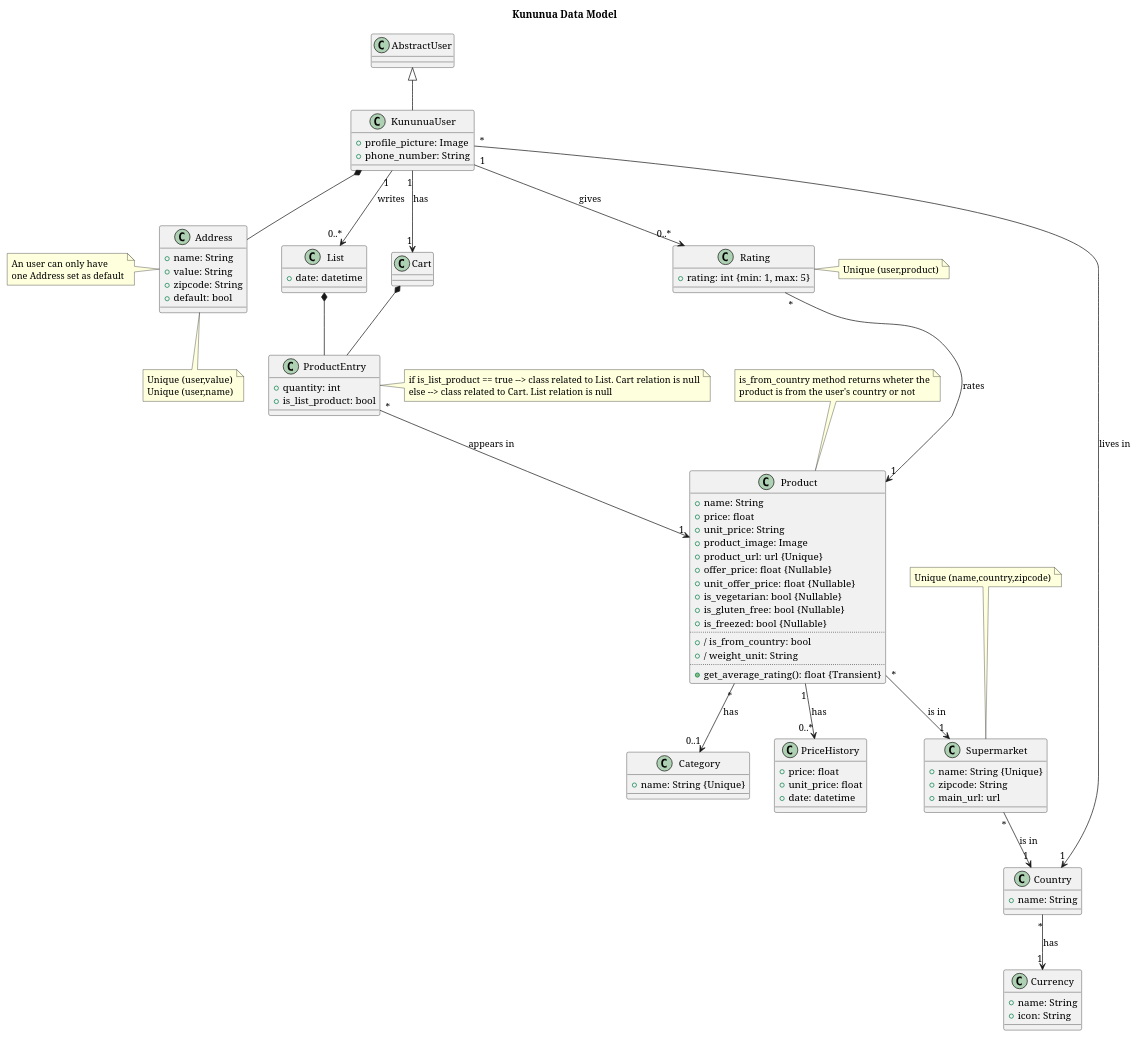
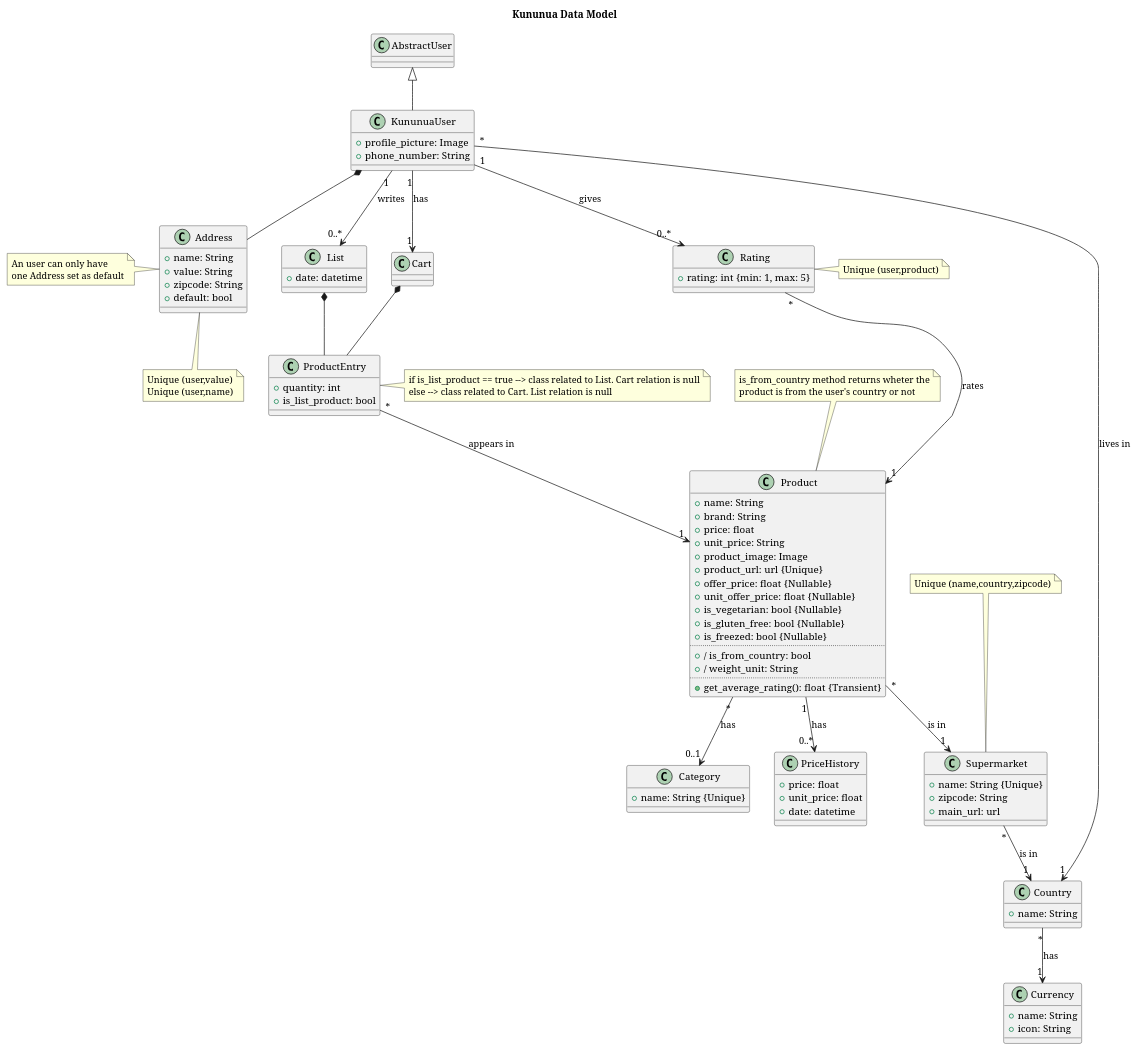
The diagram in documentation/diagrams/src/data-diagram.wsd (Kununua/kununua-app), drawn with PlantUML before and after one commit. The commit also changed 9 other files, not shown here.

```diff
--- a/documentation/diagrams/src/data-diagram.wsd
+++ b/documentation/diagrams/src/data-diagram.wsd
@@ -1,131 +1,132 @@
 @startuml KununuaDataModel
 
 ' --------------- CONFIG ----------------
 
 title Kununua Data Model
 '!theme minty
 '!theme materia
 skinparam defaultFontName Serif
 
 ' --------------- CLASSES ----------------
 
 class AbstractUser{}
 
 class KununuaUser{
     +profile_picture: Image
     +phone_number: String
 }
 
 class Country{
     +name: String
 }
 
 class Currency{
     +name: String
     +icon: String
 }
 
 class Address{
     +name: String
     +value: String
     +zipcode: String
     +default: bool
 }
 
 class Product{
     +name: String
+    +brand: String
     +price: float
     +unit_price: String
     +product_image: Image
     +product_url: url {Unique}
     +offer_price: float {Nullable}
     +unit_offer_price: float {Nullable}
     +is_vegetarian: bool {Nullable}
     +is_gluten_free: bool {Nullable}
     +is_freezed: bool {Nullable}
     ..
     + / is_from_country: bool
     + / weight_unit: String
     ..
     +get_average_rating(): float {Transient}
 }
 
 class Category{
     +name: String {Unique}
 }
 
 class Supermarket{
     +name: String {Unique}
     +zipcode: String
     +main_url: url
 }
 
 class Rating{
     +rating: int {min: 1, max: 5}
 }
 
 class PriceHistory{
     +price: float
     +unit_price: float
     +date: datetime
 }
 
 class List{
     +date: datetime
 }
 
 class Cart{}
 
 class ProductEntry{
     +quantity: int
     +is_list_product: bool
 }
 
 ' --------------- NOTES ----------------
 note left of Address 
 An user can only have 
 one Address set as default
 end note
 
 note bottom of Address 
 Unique (user,value)
 Unique (user,name)
 end note
 
 note top of Product
 is_from_country method returns wheter the
 product is from the user's country or not
 end note
 
 note top of Supermarket
 Unique (name,country,zipcode)
 end note
 
 note right of Rating
 Unique (user,product)
 end note
 
 note right of ProductEntry
 if is_list_product == true --> class related to List. Cart relation is null
 else --> class related to Cart. List relation is null
 end note
 
 ' --------------- RELATIONS ----------------
 
 AbstractUser <|-- KununuaUser
 KununuaUser *-- Address
 KununuaUser "*" --> "1" Country: lives in
 KununuaUser "1" --> "0..*" Rating: gives
 KununuaUser "1" --> "0..*" List: writes
 KununuaUser "1" --> "1" Cart: has
 Country "*" --> "1" Currency: has
 Product "*" --> "0..1" Category: has
 Product "*" --> "1" Supermarket: is in
 Product "1" --> "0..*" PriceHistory: has
 Supermarket "*" --> "1" Country: is in
 Rating "*" --> "1" Product: rates
 List *-- ProductEntry
 Cart *-- ProductEntry
 ProductEntry "*" --> "1" Product: appears in
 
 @enduml
```
